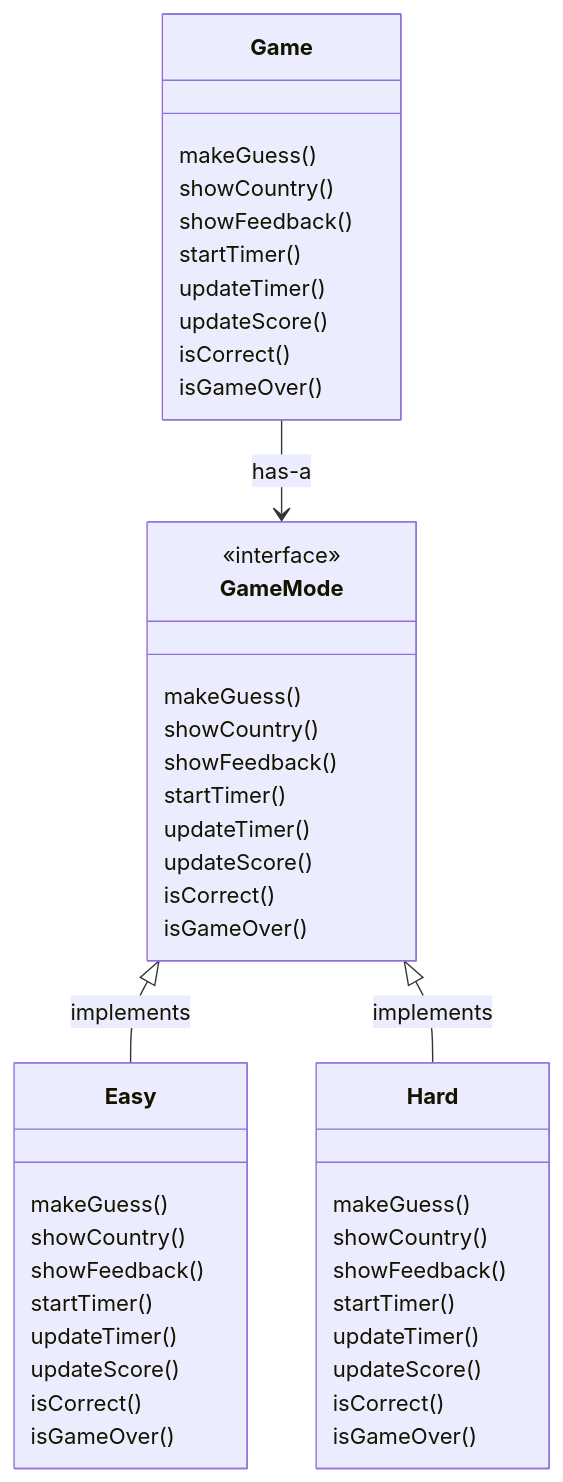
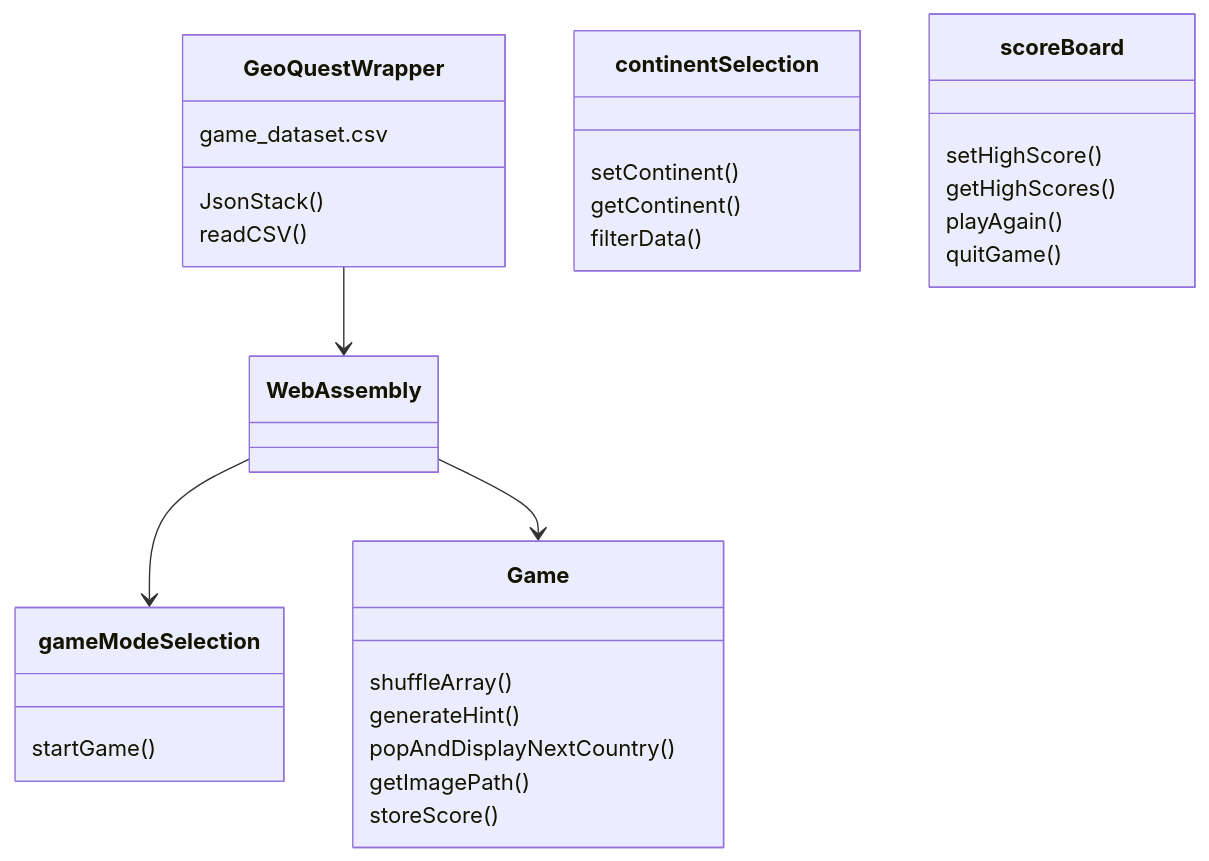
Before and after one commit to oam67/Software_Engineering_Project: the first of 3 diagrams in DesignDocument.md, drawn with Mermaid. The commit also changed other lines of this file, not shown here.

Commit message:
Updating the high-level design documentation

````diff
--- a/DesignDocument.md
+++ b/DesignDocument.md
@@ -3,51 +3,35 @@
 ```mermaid
 classDiagram
-    Game --> GameMode : has-a
-    GameMode <|-- Easy : implements
-    GameMode <|-- Hard : implements
-    
-    class Game{
-        makeGuess()
-        showCountry()
-        showFeedback()
-        startTimer()
-        updateTimer()
-        updateScore()
-        isCorrect()
-        isGameOver()
+    class GeoQuestWrapper {
+        JsonStack()
+        readCSV()
+        game_dataset.csv
+    }
+    class WebAssembly {
+    }
+    class gameModeSelection {
+        startGame()
+    }
+    class continentSelection {
+        setContinent()
+        getContinent()
+        filterData()
+    }
+    class Game {
+        shuffleArray()
+        generateHint()
+        popAndDisplayNextCountry()
+        getImagePath()
+        storeScore()
+    }
+    class scoreBoard {
+        setHighScore()
+        getHighScores()
+        playAgain()
+        quitGame()
     }
 
-    class GameMode{
-        <<interface>>
-        makeGuess()
-        showCountry()
-        showFeedback()
-        startTimer()
-        updateTimer()
-        updateScore()
-        isCorrect()
-        isGameOver()
-    }
-
-    class Easy{
-        makeGuess()
-        showCountry()
-        showFeedback()
-        startTimer()
-        updateTimer()
-        updateScore()
-        isCorrect()
-        isGameOver()
-    }
-    
-    class Hard{
-        makeGuess()
-        showCountry()
-        showFeedback()
-        startTimer()
-        updateTimer()
-        updateScore()
-        isCorrect()
-        isGameOver()
-    }
+    GeoQuestWrapper --> WebAssembly
+    WebAssembly --> gameModeSelection
+    WebAssembly --> Game
 ```
````
